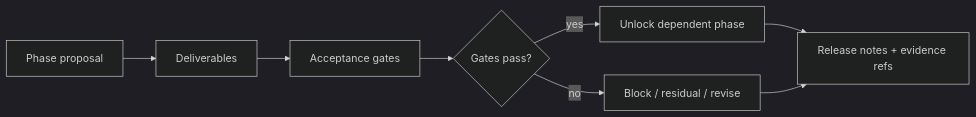
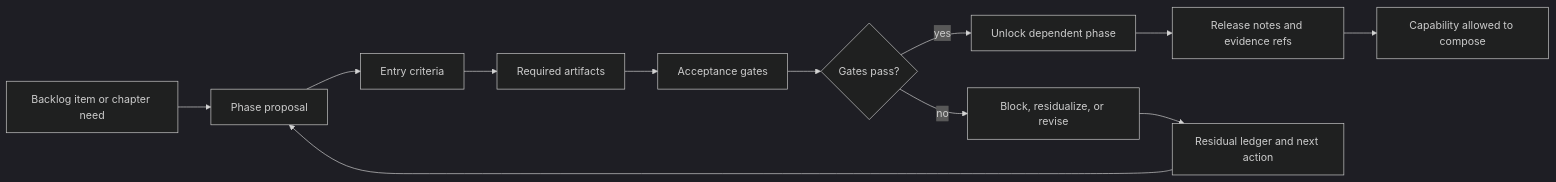
One commit to corbensorenson/asi-stack-book changed the diagram in chapters/prototype-roadmap.qmd. Above: the diagram before and after it, drawn with Mermaid (dark theme). The commit also changed 7 other files, not shown here.

Commit message:
Strengthen diagram substance validation

````diff
--- a/chapters/prototype-roadmap.qmd
+++ b/chapters/prototype-roadmap.qmd
@@ -117,10 +117,14 @@
 ```{mermaid}
 flowchart LR
-  A["Phase proposal"] --> B["Deliverables"]
-  B --> C["Acceptance gates"]
-  C --> D{"Gates pass?"}
-  D -- "yes" --> E["Unlock dependent phase"]
-  D -- "no" --> F["Block / residual / revise"]
-  E --> G["Release notes + evidence refs"]
-  F --> G
+  A["Backlog item or chapter need"] --> B["Phase proposal"]
+  B --> C["Entry criteria"]
+  C --> D["Required artifacts"]
+  D --> E["Acceptance gates"]
+  E --> F{"Gates pass?"}
+  F -- "yes" --> G["Unlock dependent phase"]
+  F -- "no" --> H["Block, residualize, or revise"]
+  G --> I["Release notes and evidence refs"]
+  H --> J["Residual ledger and next action"]
+  I --> K["Capability allowed to compose"]
+  J --> B
 ```
````
